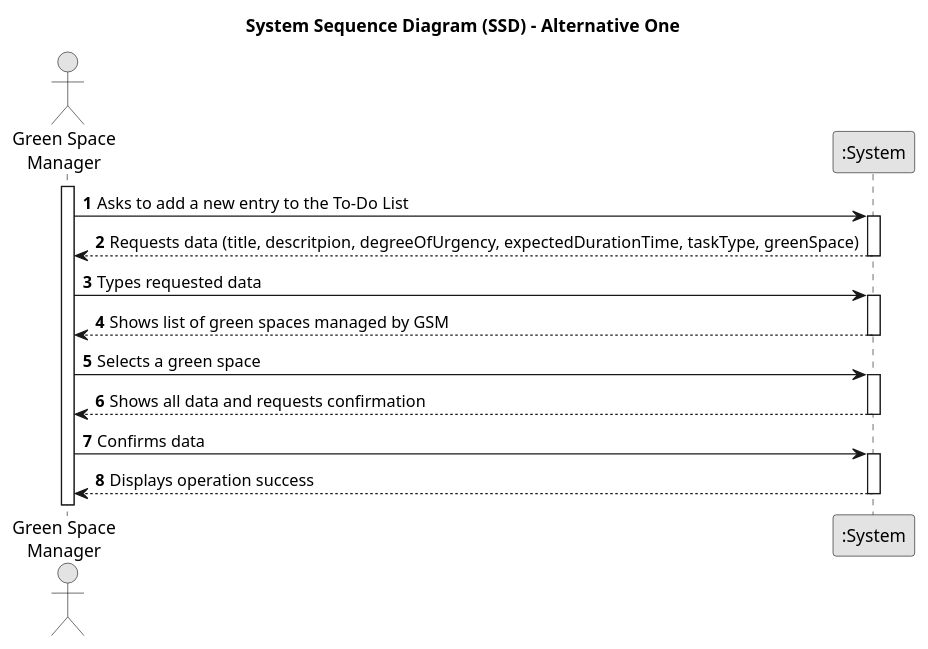
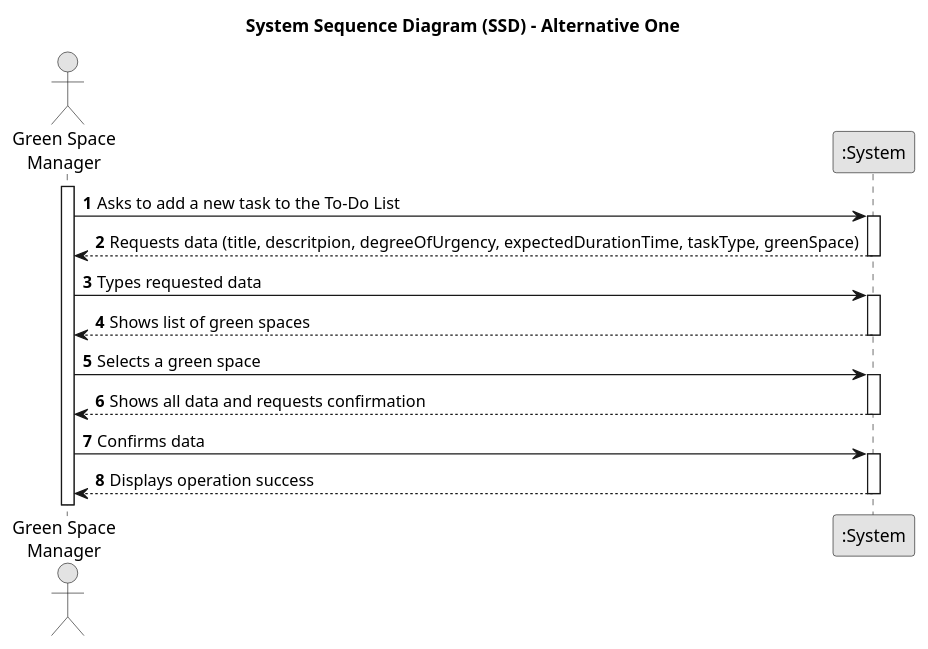
Before and after one commit to daniel41silva05/ISEP_2023_2024_LAPR2: the diagram in docs/sprintA&B&C/us021/01.requirements-engineering/puml/us021-system-sequence-diagram-alternative-one.puml, drawn with PlantUML. The commit also changed 14 other files, not shown here.

```diff
--- a/docs/sprintA&B&C/us021/01.requirements-engineering/puml/us021-system-sequence-diagram-alternative-one.puml
+++ b/docs/sprintA&B&C/us021/01.requirements-engineering/puml/us021-system-sequence-diagram-alternative-one.puml
@@ -1,39 +1,39 @@
 @startuml
 skinparam monochrome true
 skinparam packageStyle rectangle
 skinparam shadowing false
 
 title System Sequence Diagram (SSD) - Alternative One
 
 autonumber
 
 actor "Green Space\nManager" as GSM
 participant ":System" as System
 
 activate GSM
 
-    GSM -> System : Asks to add a new entry to the To-Do List
+    GSM -> System : Asks to add a new task to the To-Do List
     activate System
 
         System --> GSM : Requests data (title, descritpion, degreeOfUrgency, expectedDurationTime, taskType, greenSpace)
     deactivate System
 
     GSM -> System : Types requested data
     activate System
 
-        System --> GSM : Shows list of green spaces managed by GSM
+        System --> GSM : Shows list of green spaces
     deactivate System
 
     GSM -> System : Selects a green space
     activate System
 
         System --> GSM : Shows all data and requests confirmation
     deactivate System
 
     GSM -> System : Confirms data
     activate System
 
         System --> GSM : Displays operation success
     deactivate System
 
 @enduml
```
